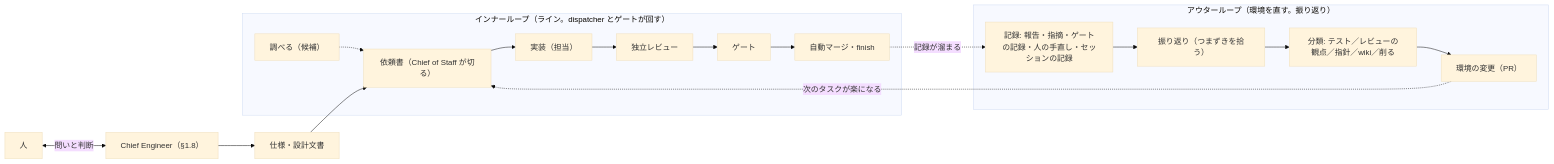
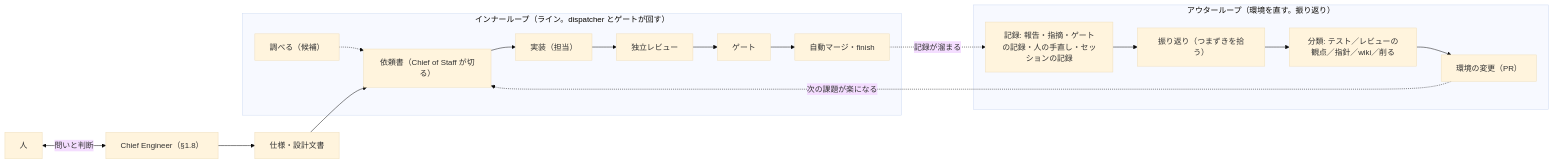
The first of 3 diagrams in docs/design.md (mitaku/andon), drawn with Mermaid (base theme) before and after one commit. The commit also changed other lines of this file and 3 other files, not shown here.

````diff
--- a/docs/design.md
+++ b/docs/design.md
@@ -108,15 +109,15 @@
 ```mermaid
 flowchart LR
   H["人"] <-- "問いと判断" --> CE["Chief Engineer（§1.8）"]
   CE --> DOC["仕様・設計文書"]
   subgraph INNER["インナーループ（ライン。dispatcher とゲートが回す）"]
     S["調べる（候補）"] -.-> B
     B["依頼書（Chief of Staff が切る）"] --> I["実装（担当）"] --> R["独立レビュー"] --> G["ゲート"] --> M["自動マージ・finish"]
   end
   DOC --> B
   subgraph OUTER["アウターループ（環境を直す。振り返り）"]
     REC["記録: 報告・指摘・ゲートの記録・人の手直し・セッションの記録"] --> RT["振り返り（つまずきを拾う）"] --> CL["分類: テスト／レビューの観点／指針／wiki／削る"] --> ENV["環境の変更（PR）"]
   end
   M -. "記録が溜まる" .-> REC
-  ENV -. "次のタスクが楽になる" .-> B
+  ENV -. "次の課題が楽になる" .-> B
 ```
````
